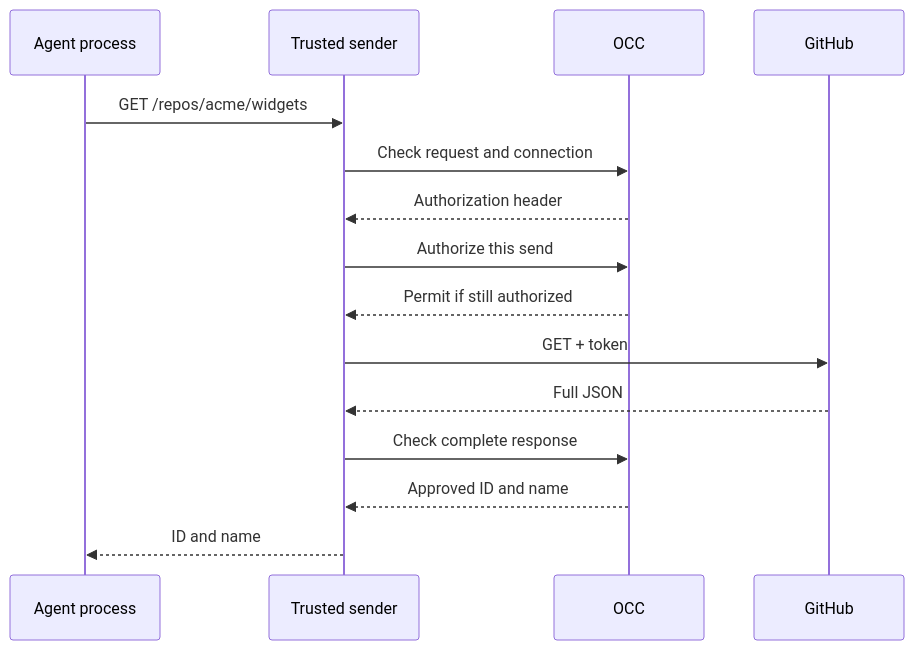
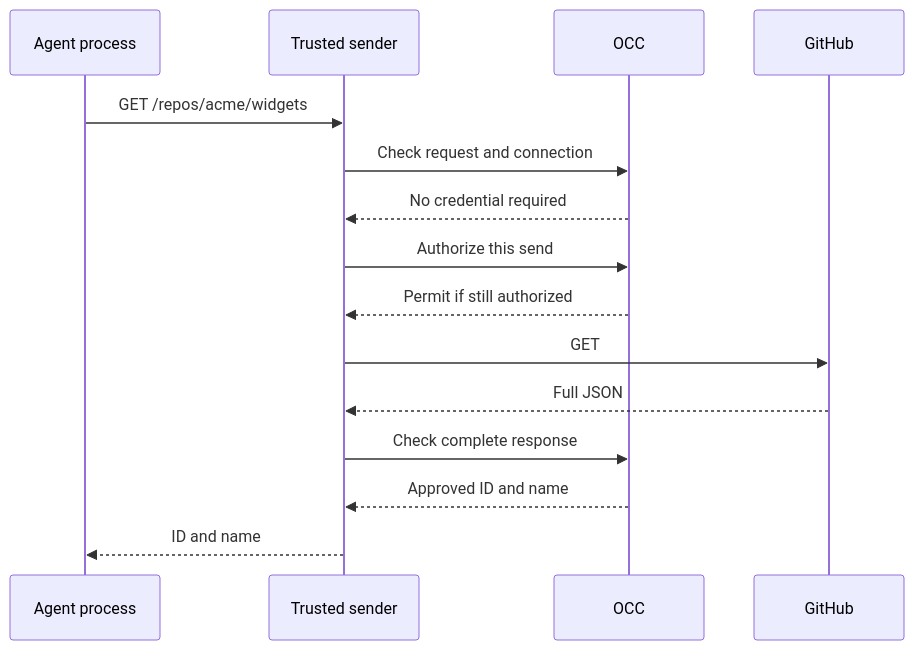
One commit to openclaw/openclaw-enterprise changed the diagram in docs/design/credential-proxy.md. Above: the diagram before and after it, drawn with Mermaid. The commit also changed other lines of this file and 66 other files, not shown here.

````diff
--- a/docs/design/credential-proxy.md
+++ b/docs/design/credential-proxy.md
@@ -37,17 +31,17 @@
 ```mermaid
 sequenceDiagram
     participant A as Agent process
     participant S as Trusted sender
     participant C as OCC
     participant G as GitHub
     A->>S: GET /repos/acme/widgets
     S->>C: Check request and connection
-    C-->>S: Authorization header
+    C-->>S: No credential required
     S->>C: Authorize this send
     C-->>S: Permit if still authorized
-    S->>G: GET + token
+    S->>G: GET
     G-->>S: Full JSON
     S->>C: Check complete response
     C-->>S: Approved ID and name
     S-->>A: ID and name
 ```
````
